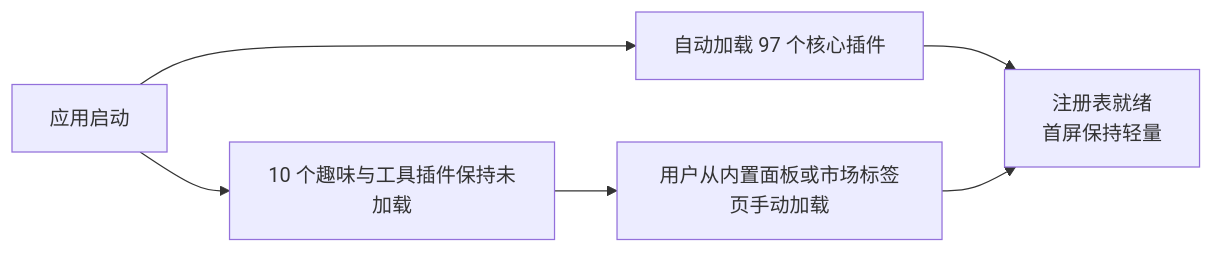
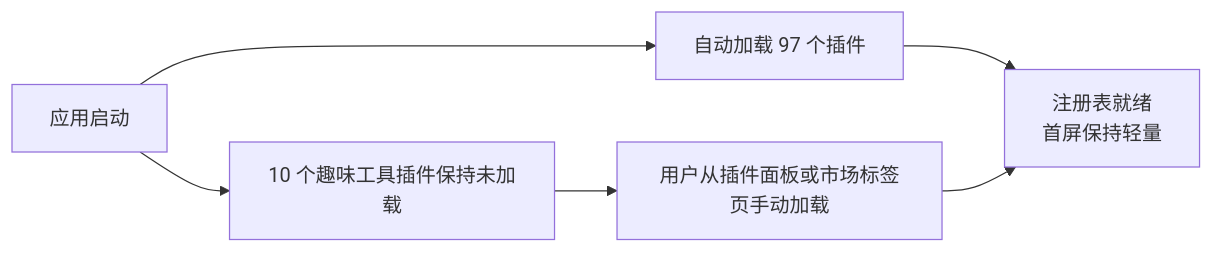
Before and after one commit to SnowLeopard-io/ErgalicsStudio: the second of 4 diagrams in docs/technical/03-插件系统.md, drawn with Mermaid. The commit also changed other lines of this file and 36 other files, not shown here.

````diff
--- a/docs/technical/03-插件系统.md
+++ b/docs/technical/03-插件系统.md
@@ -337,8 +375,8 @@
 ```mermaid
 flowchart LR
-    A["应用启动"] --> B["自动加载 97 个核心插件"]
-    A --> C["10 个趣味与工具插件保持未加载"]
-    C --> D["用户从内置面板或市场标签页手动加载"]
+    A["应用启动"] --> B["自动加载 97 个插件"]
+    A --> C["10 个趣味工具插件保持未加载"]
+    C --> D["用户从插件面板或市场标签页手动加载"]
     B --> E["注册表就绪<br/>首屏保持轻量"]
     D --> E
 ```
````
